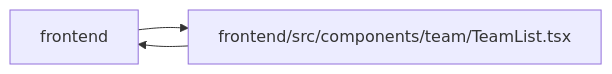
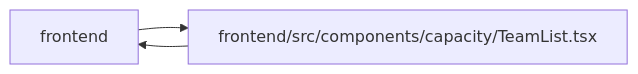
Before and after one commit to Denissvgn/WorkChord: the diagram in docs/llm_wiki/modules/TeamList.md, drawn with Mermaid. The commit also changed other lines of this file and 2373 other files, not shown here.

````diff
--- a/docs/llm_wiki/modules/TeamList.md
+++ b/docs/llm_wiki/modules/TeamList.md
@@ -42,8 +44,8 @@
 ```mermaid
 flowchart LR
     n0["frontend"]
-    n1["frontend/src/components/team/TeamList.tsx"]
+    n1["frontend/src/components/capacity/TeamList.tsx"]
     n0 --> n1
     n1 --> n0
     click n1 "../modules/TeamList.md"
 ```
````
